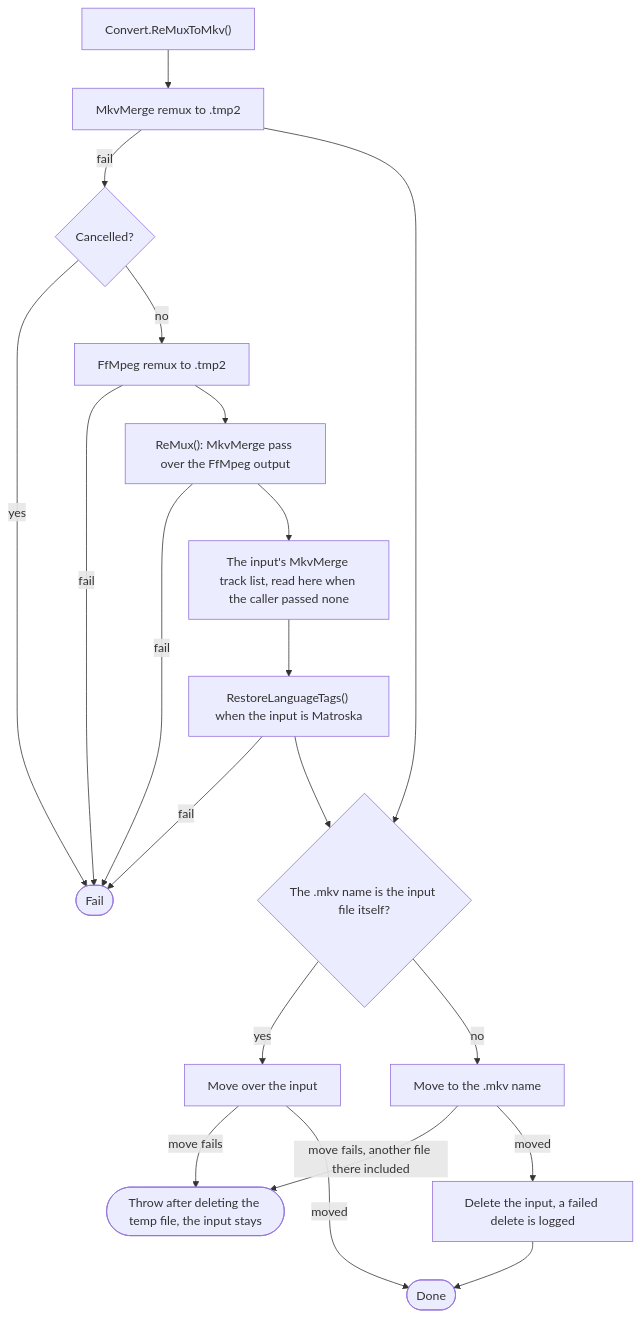
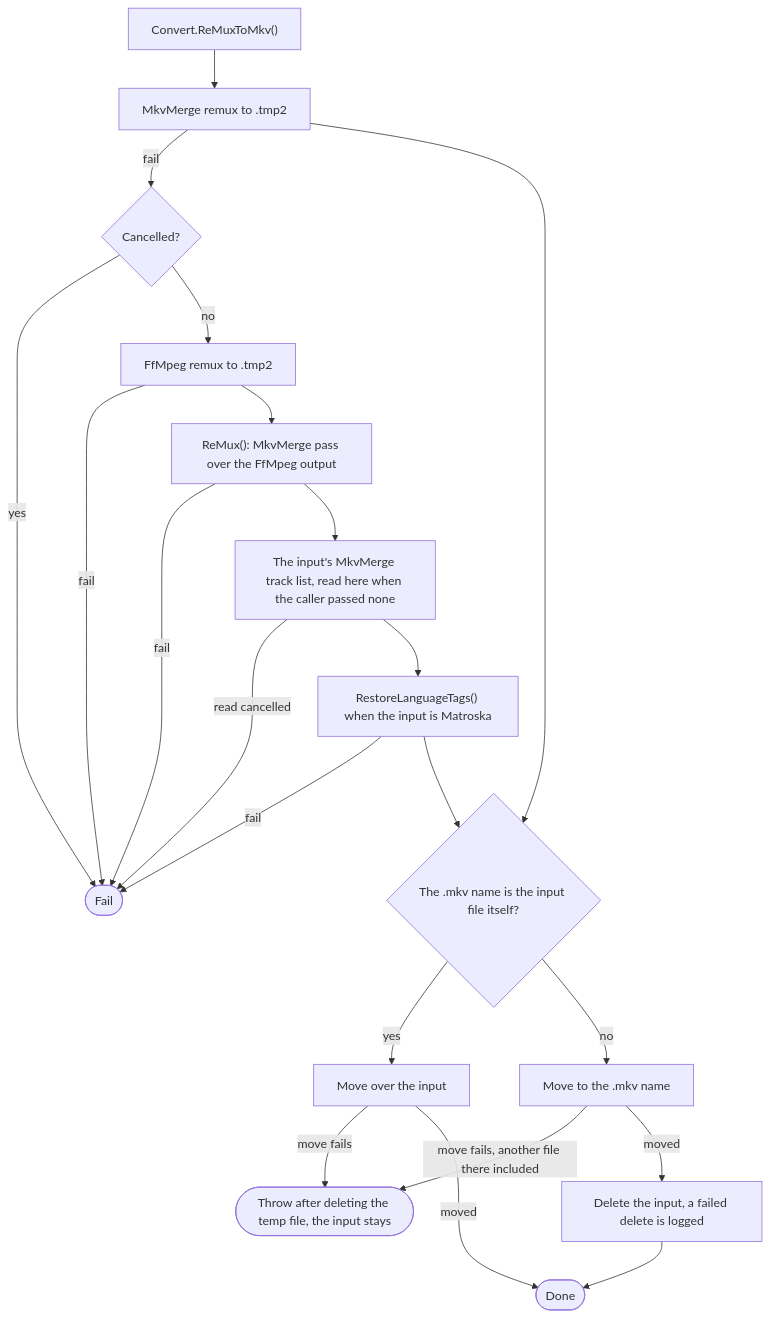
The fifth of 20 diagrams in ARCHITECTURE.md (ptr727/PlexCleaner), drawn with Mermaid before and after one commit.

Commit message:
Draw the Cancelled Track Read in the ReMuxToMkv Flowchart

````diff
--- a/ARCHITECTURE.md
+++ b/ARCHITECTURE.md
@@ -436,22 +436,23 @@
 ```mermaid
 flowchart TD
   X0["Convert.ReMuxToMkv()"] --> X1["MkvMerge remux to .tmp2"]
   X1 -->|fail| X2{"Cancelled?"}
   X2 -->|yes| XF(["Fail"])
   X2 -->|no| X3["FfMpeg remux to .tmp2"]
   X3 -->|fail| XF
   X3 --> X4["ReMux(): MkvMerge pass over the FfMpeg output"]
   X4 -->|fail| XF
   X4 --> X10["The input's MkvMerge track list, read here when the caller passed none"]
+  X10 -->|"read cancelled"| XF
   X10 --> X9["RestoreLanguageTags() when the input is Matroska"]
   X9 -->|fail| XF
   X1 --> X5{"The .mkv name is the input file itself?"}
   X9 --> X5
   X5 -->|yes| X6["Move over the input"]
   X5 -->|no| X7["Move to the .mkv name"]
   X6 -->|"move fails"| XT(["Throw after deleting the temp file, the input stays"])
   X7 -->|"move fails, another file there included"| XT
   X7 -->|moved| X8["Delete the input, a failed delete is logged"]
   X6 -->|moved| XOK(["Done"])
   X8 --> XOK
 ```
````
